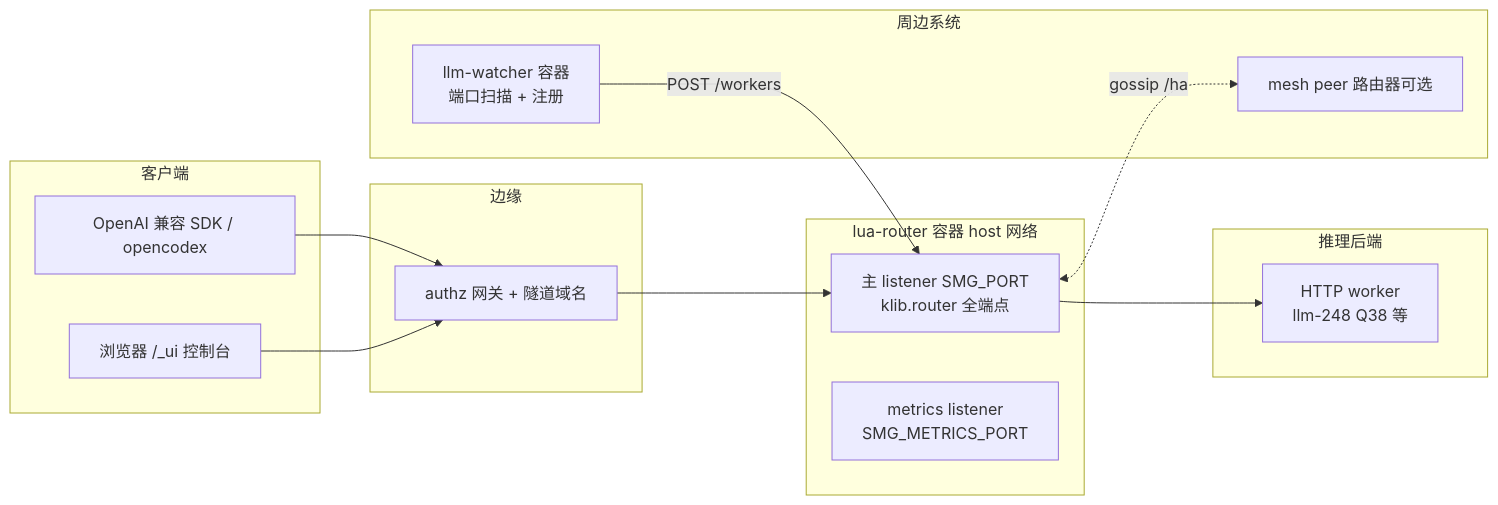
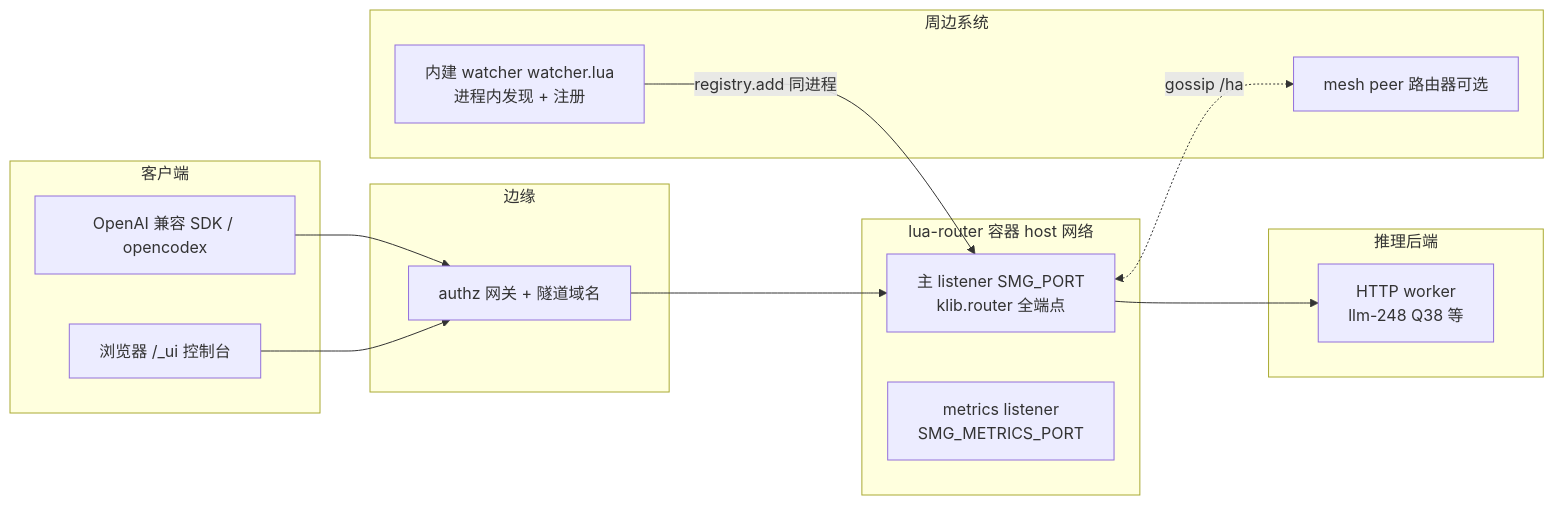
The first of 2 diagrams in doc/architect.md (yorkane/lua-router), drawn with Mermaid before and after one commit. The commit also changed other lines of this file and 2 other files, not shown here.

Commit message:
docs: README/architect/scope-trim for watcher merge + admin console; 16-gate baseline

````diff
--- a/doc/architect.md
+++ b/doc/architect.md
@@ -18,26 +18,26 @@
 ```mermaid
 flowchart LR
   subgraph clients[客户端]
     C1[OpenAI 兼容 SDK / opencodex]
     C2[浏览器 /_ui 控制台]
   end
   subgraph edge[边缘]
     AZ[authz 网关 + 隧道域名]
   end
   subgraph lr[lua-router 容器 host 网络]
     MAIN[主 listener SMG_PORT<br/>klib.router 全端点]
     MET[metrics listener<br/>SMG_METRICS_PORT]
   end
   subgraph workers[推理后端]
     W1[HTTP worker<br/>llm-248 Q38 等]
   end
   subgraph sidecar[周边系统]
-    IW[llm-watcher 容器<br/>端口扫描 + 注册]
+    IW[内建 watcher watcher.lua<br/>进程内发现 + 注册]
     MP[mesh peer 路由器可选]
   end
   C1 --> AZ --> MAIN
   C2 --> AZ
   MAIN --> W1
-  IW -- POST /workers --> MAIN
+  IW -- registry.add 同进程 --> MAIN
   MAIN <-. gossip /ha .-> MP
 ```
````
